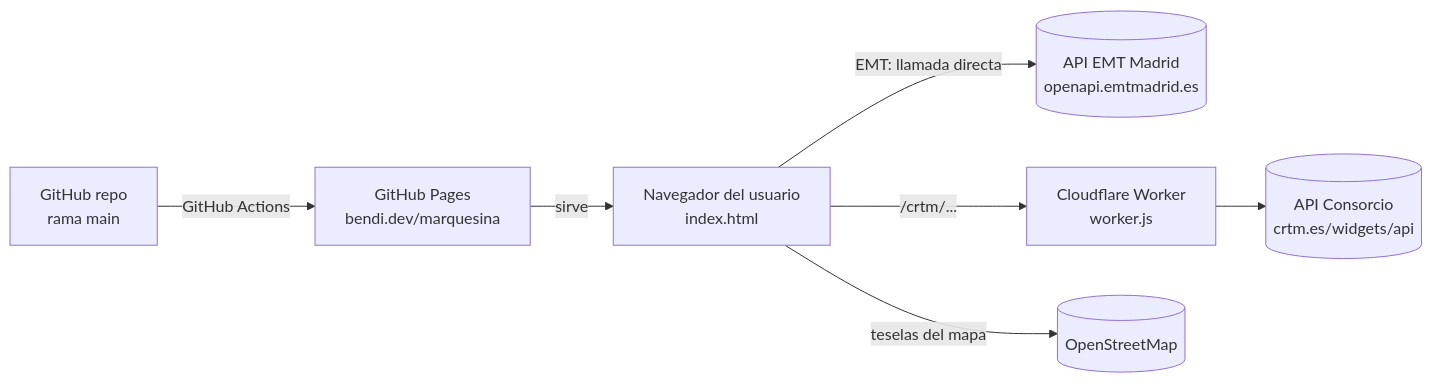
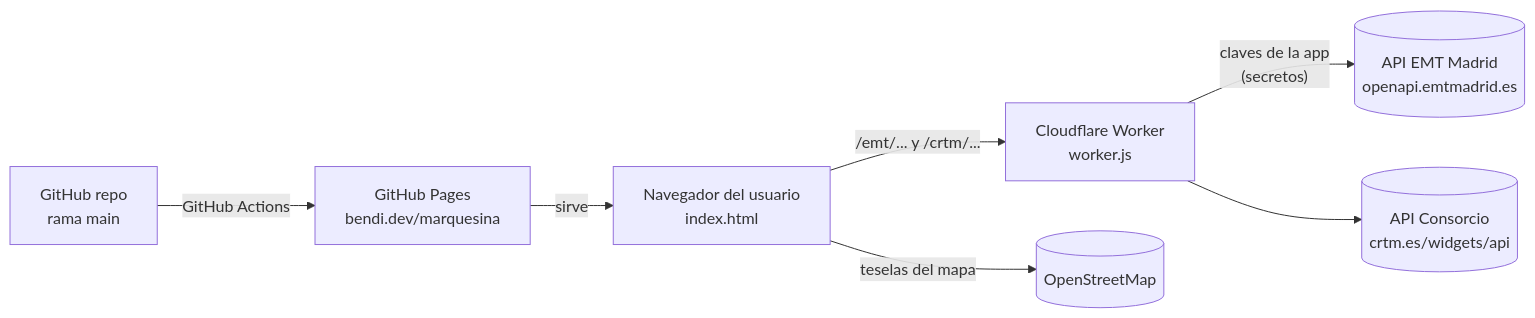
The diagram in docs/ARQUITECTURA.md (serbenda/marquesina), drawn with Mermaid before and after one commit. The commit also changed other lines of this file and 3 other files, not shown here.

Commit message:
EMT sin registro: el proxy consulta con las claves de la aplicación

````diff
--- a/docs/ARQUITECTURA.md
+++ b/docs/ARQUITECTURA.md
@@ -15,9 +15,9 @@
 ```mermaid
 flowchart LR
-  U[Navegador del usuario<br/>index.html] -- "EMT: llamada directa" --> EMT[(API EMT Madrid<br/>openapi.emtmadrid.es)]
-  U -- "/crtm/..." --> W[Cloudflare Worker<br/>worker.js]
+  U[Navegador del usuario<br/>index.html] -- "/emt/... y /crtm/..." --> W[Cloudflare Worker<br/>worker.js]
+  W -- "claves de la app<br/>(secretos)" --> EMT[(API EMT Madrid<br/>openapi.emtmadrid.es)]
   W --> CRTM[(API Consorcio<br/>crtm.es/widgets/api)]
   U -- "teselas del mapa" --> OSM[(OpenStreetMap)]
   GH[GitHub repo<br/>rama main] -- "GitHub Actions" --> P[GitHub Pages<br/>bendi.dev/marquesina]
   P -- sirve --> U
 ```
````
